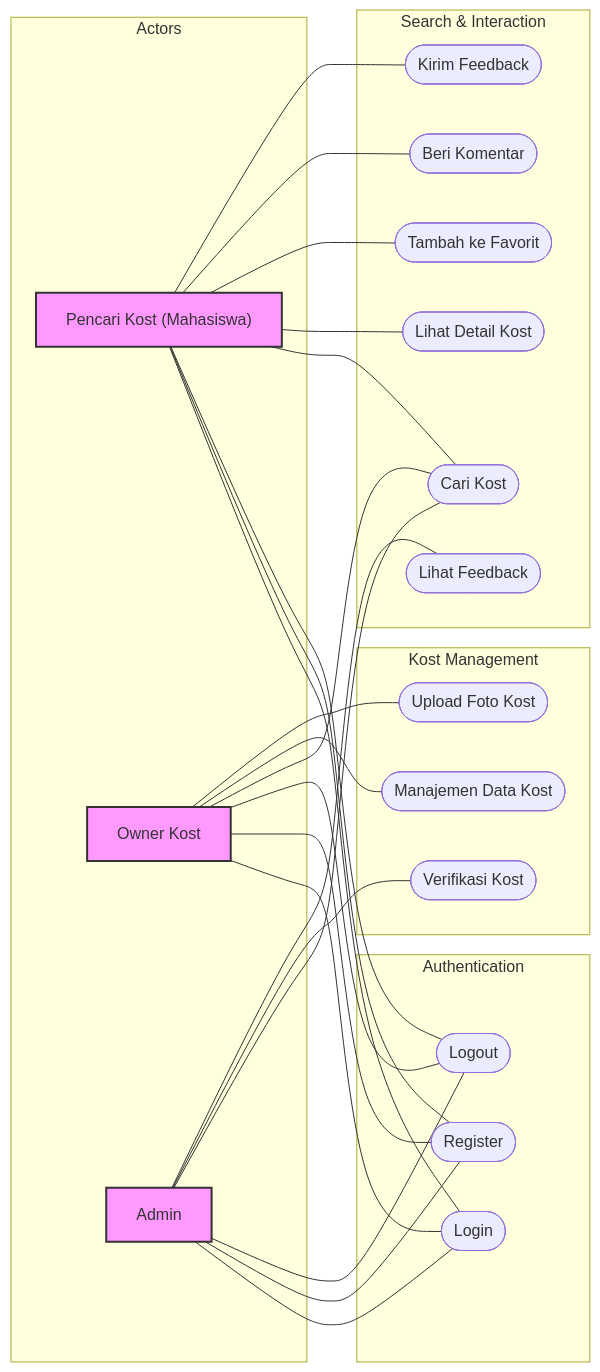
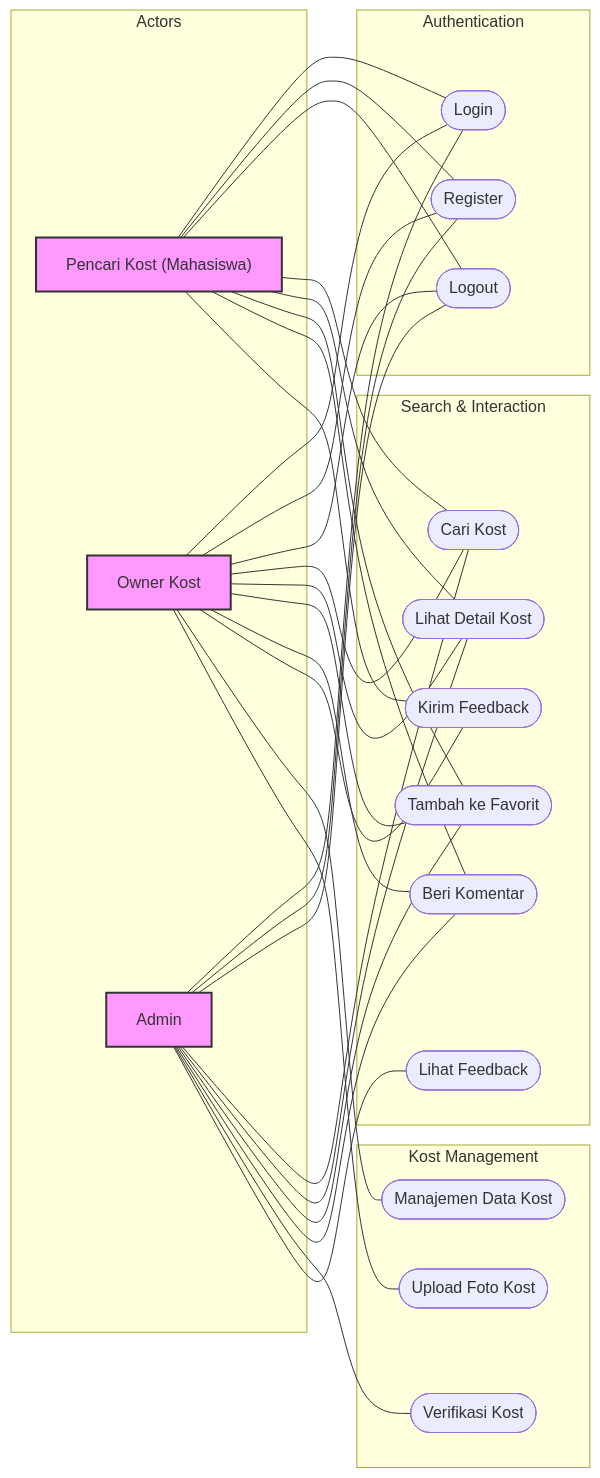
One commit to iqsanazhr/E-KOST changed the first of 6 diagrams in system_architecture.md. Above: the diagram before and after it, drawn with Mermaid.

Commit message:
docs: update use case diagram - allow comment/fav/detail for all roles, restrict feedback to non-admins

````diff
--- a/system_architecture.md
+++ b/system_architecture.md
@@ -9,56 +9,63 @@
 ```mermaid
 graph LR
     subgraph Actors
         Pencari["Pencari Kost (Mahasiswa)"]:::actor
         Owner["Owner Kost"]:::actor
         Admin["Admin"]:::actor
     end
 
     subgraph Authentication
         UC_Login([Login])
         UC_Register([Register])
         UC_Logout([Logout])
     end
 
     subgraph KostManagement [Kost Management]
         UC_ManageKost([Manajemen Data Kost])
         UC_UploadFoto([Upload Foto Kost])
         UC_VerifKost([Verifikasi Kost])
     end
 
     subgraph SearchInteraction [Search & Interaction]
         UC_Search([Cari Kost])
         UC_ViewDetail([Lihat Detail Kost])
         UC_Favorite([Tambah ke Favorit])
         UC_Comment([Beri Komentar])
         UC_Feedback([Kirim Feedback])
         UC_ViewFeedback([Lihat Feedback])
     end
 
     %% Styles
     classDef actor fill:#f9f,stroke:#333,stroke-width:2px;
 
     %% Relationships
     Pencari --- UC_Login
     Pencari --- UC_Register
     Pencari --- UC_Logout
     Pencari --- UC_Search
     Pencari --- UC_ViewDetail
     Pencari --- UC_Favorite
     Pencari --- UC_Comment
     Pencari --- UC_Feedback
 
     Owner --- UC_Login
     Owner --- UC_Register
     Owner --- UC_Logout
     Owner --- UC_Search
+    Owner --- UC_ViewDetail
+    Owner --- UC_Favorite
+    Owner --- UC_Comment
+    Owner --- UC_Feedback
     Owner --- UC_ManageKost
     Owner --- UC_UploadFoto
 
     Admin --- UC_Login
     Admin --- UC_Register
     Admin --- UC_Logout
     Admin --- UC_Search
+    Admin --- UC_ViewDetail
+    Admin --- UC_Favorite
+    Admin --- UC_Comment
     Admin --- UC_VerifKost
     Admin --- UC_ViewFeedback
 ```
````
